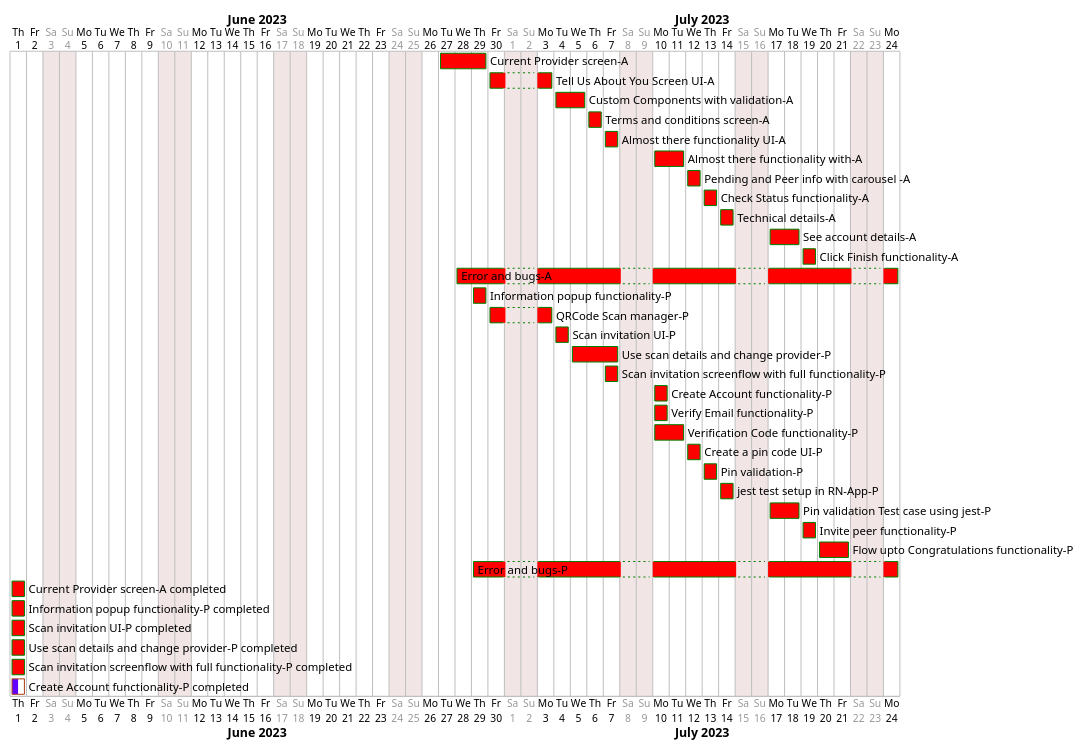
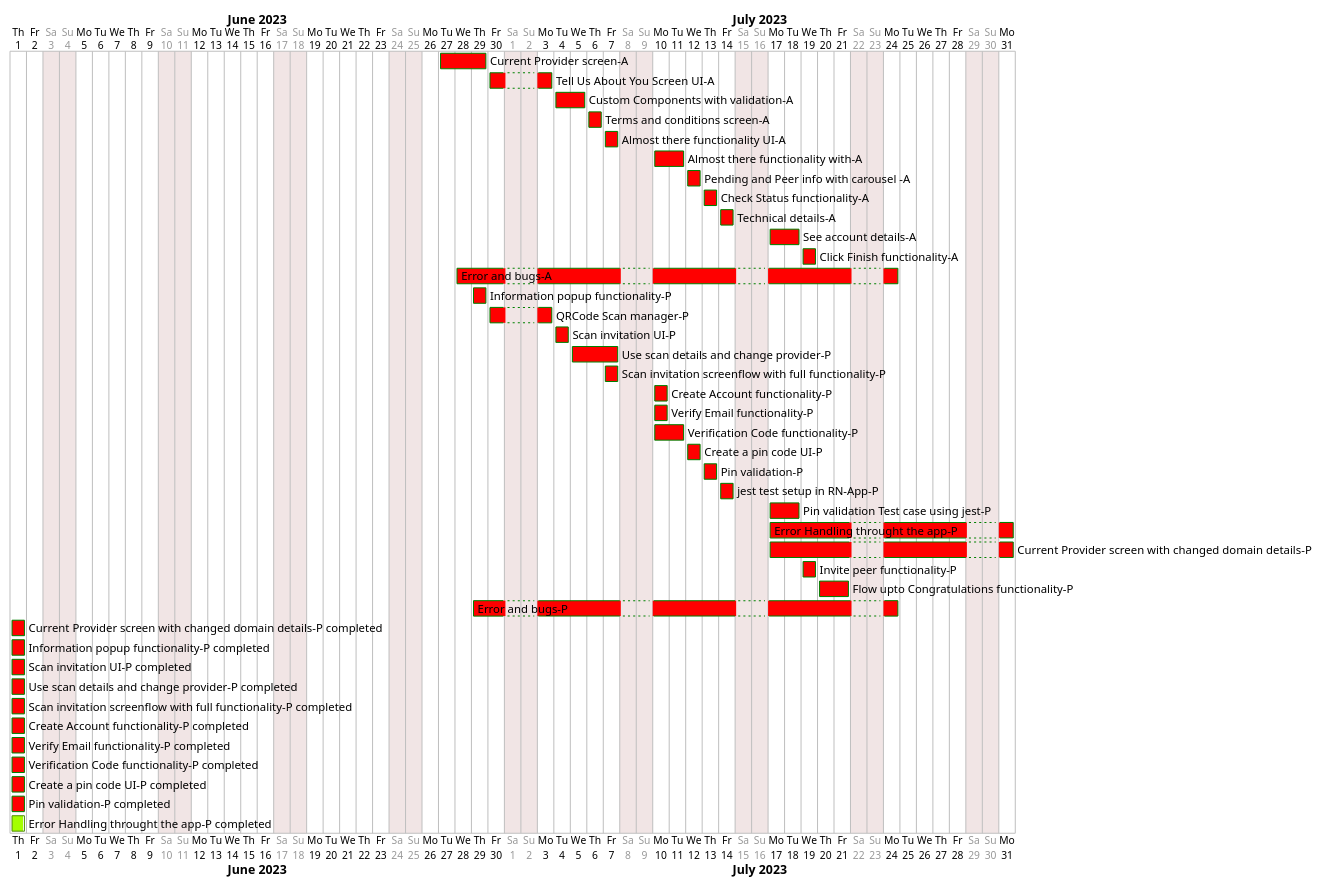
Before and after one commit to Trust-Anchor-Group/NeuroAccessReactNative: the diagram in doc/Onboarding-Flow.puml, drawn with PlantUML.

Commit message:
Update Onboarding-Flow.puml
committed directly after recent updates

```diff
--- a/doc/Onboarding-Flow.puml
+++ b/doc/Onboarding-Flow.puml
@@ -1,59 +1,66 @@
 @startgantt
 saturday are closed
 sunday are closed
 
 <style>
 ganttDiagram {
   task {
     BackGroundColor Red
     LineColor Green 
     unstarted {
       BackGroundColor Fuchsia 
       LineColor FireBrick
     }
     completed {
       BackGroundColor GreenYellow 
       LineColor Green
     }
   }
 }
 </style>
 Project starts 2023-06-01
 [Current Provider screen-A] starts 2023-06-27 and ends 2023-06-29
 [Tell Us About You Screen UI-A] starts 2023-06-30 and ends 2023-07-03
 [Custom Components with validation-A] starts 2023-07-04 and ends 2023-07-05
 [Terms and conditions screen-A] starts 2023-07-06 and ends 2023-07-06
 [Almost there functionality UI-A] starts 2023-07-07 and ends 2023-07-07
 [Almost there functionality with-A] starts 2023-07-10 and ends 2023-07-11
 [Pending and Peer info with carousel -A] starts 2023-07-12 and ends 2023-07-12
 [Check Status functionality-A] starts 2023-07-13 and ends 2023-07-13
 [Technical details-A] starts 2023-07-14 and ends 2023-07-14
 [See account details-A] starts 2023-07-17 and ends 2023-07-18
 [Click Finish functionality-A] starts 2023-07-19 and ends 2023-07-19
 [Error and bugs-A] starts 2023-06-28 and ends 2023-07-24
 
-[Information popup functionality-P] starts 2023-06-29 and ends 2023-06-29
+[Information popup functionality-P ] starts 2023-06-29 and ends 2023-06-29
 [QRCode Scan manager-P] starts 2023-06-30 and ends 2023-07-03
 [Scan invitation UI-P] starts 2023-07-04 and ends 2023-07-04
 [Use scan details and change provider-P] starts 2023-07-05 and ends 2023-07-07
 [Scan invitation screenflow with full functionality-P] starts 2023-07-07 and ends 2023-07-07
 [Create Account functionality-P] starts 2023-07-10 and ends 2023-07-10
 [Verify Email functionality-P] starts 2023-07-10 and ends 2023-07-10
 [Verification Code functionality-P] starts 2023-07-10 and ends 2023-07-11
 [Create a pin code UI-P] starts 2023-07-12 and ends 2023-07-12
 [Pin validation-P] starts 2023-07-13 and ends 2023-07-13
 [jest test setup in RN-App-P] starts 2023-07-14 and ends 2023-07-14
 [Pin validation Test case using jest-P] starts 2023-07-17 and ends 2023-07-18
+[Error Handling throught the app-P] starts 2023-07-17 and ends 2023-07-31
+[Current Provider screen with changed domain details-P] starts 2023-07-17 and ends 2023-07-31
 
 [Invite peer functionality-P] starts 2023-07-19 and ends 2023-07-19
 [Flow upto Congratulations functionality-P] starts 2023-07-20 and ends 2023-07-21
 [Error and bugs-P] starts 2023-06-29 and ends 2023-07-24
 
-[Current Provider screen-A completed] is 100% completed
+[Current Provider screen with changed domain details-P completed] is 100% completed
 [Information popup functionality-P completed] is 100% completed
 [Scan invitation UI-P completed] is 100% completed
 [Use scan details and change provider-P completed] is 100% completed
 [Scan invitation screenflow with full functionality-P completed] is 100% completed
-[Create Account functionality-P completed] is 50% completed
+[Create Account functionality-P completed] is 100% completed
+[Verify Email functionality-P completed] is 100% completed
+[Verification Code functionality-P completed] is 100% completed
+[Create a pin code UI-P completed] is 100% completed
+[Pin validation-P completed] is 100% completed
+[Error Handling throught the app-P completed] is 90% completed
 
 @endgantt
```
